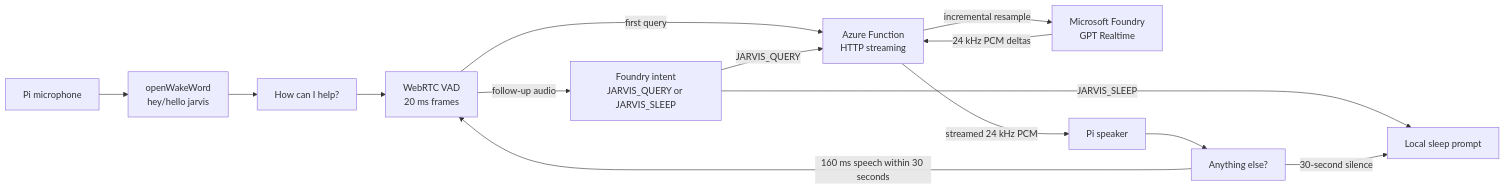
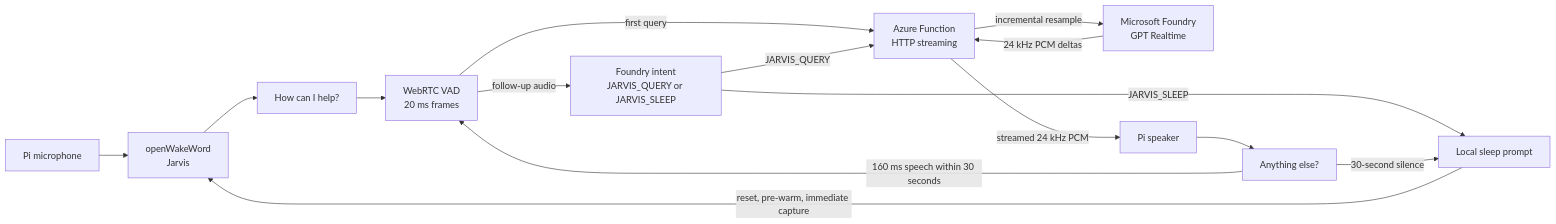
Before and after one commit to khanasif1/jarvis-home-automation: the diagram in _src/docs/architecture.md, drawn with Mermaid. The commit also changed other lines of this file and 13 other files, not shown here.

First line of the commit message:
Improve Jarvis wake activation

````diff
--- a/_src/docs/architecture.md
+++ b/_src/docs/architecture.md
@@ -5,16 +5,17 @@
 ```mermaid
 flowchart LR
-    Mic[Pi microphone] --> Wake[openWakeWord<br/>hey/hello jarvis]
+    Mic[Pi microphone] --> Wake[openWakeWord<br/>Jarvis]
     Wake --> Greet[How can I help?]
     Greet --> VAD[WebRTC VAD<br/>20 ms frames]
     VAD -->|first query| Fn[Azure Function<br/>HTTP streaming]
     VAD -->|follow-up audio| Intent[Foundry intent<br/>JARVIS_QUERY or JARVIS_SLEEP]
     Intent -->|JARVIS_QUERY| Fn
     Fn -->|incremental resample| RT[Microsoft Foundry<br/>GPT Realtime]
     RT -->|24 kHz PCM deltas| Fn
     Fn -->|streamed 24 kHz PCM| Speaker[Pi speaker]
     Speaker --> Follow[Anything else?]
     Follow -->|160 ms speech within 30 seconds| VAD
     Intent -->|JARVIS_SLEEP| Sleep[Local sleep prompt]
     Follow -->|30-second silence| Sleep
+    Sleep -->|reset, pre-warm, immediate capture| Wake
 ```
````
